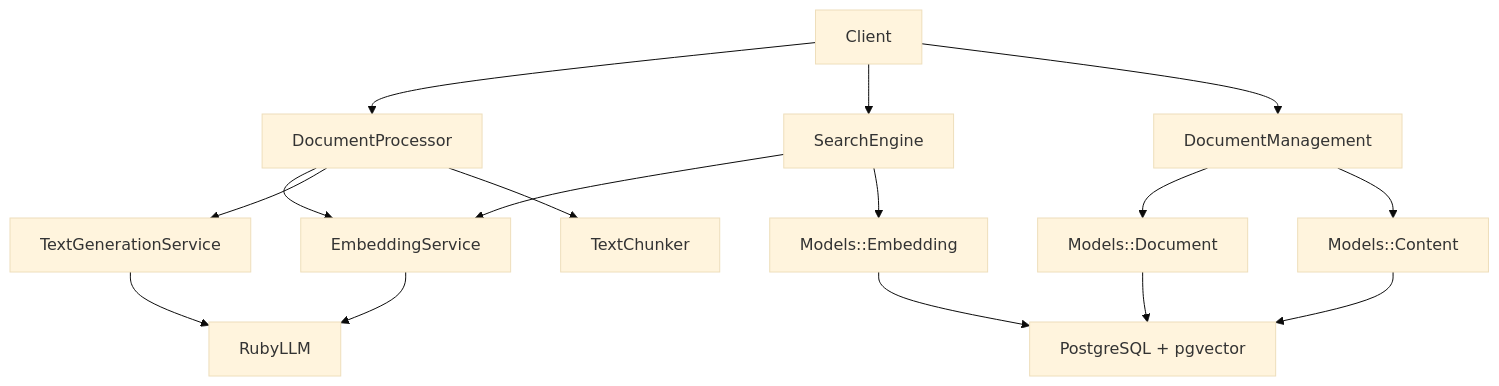
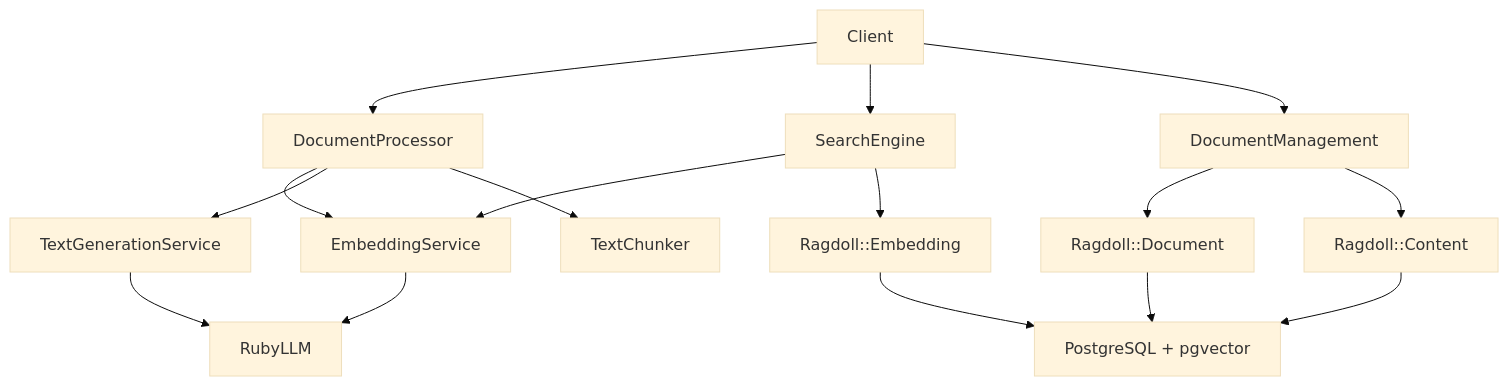
One commit to MadBomber/ragdoll-docs changed the diagram in docs/api-reference/api-services.md. Above: the diagram before and after it, drawn with Mermaid (base theme). The commit also changed other lines of this file and 13 other files, not shown here.

First line of the commit message:
refactor(docs): update document references to use Ragdoll module

````diff
--- a/docs/api-reference/api-services.md
+++ b/docs/api-reference/api-services.md
@@ -9,23 +9,23 @@
 ```mermaid
 flowchart TD
     A[Client] --> B[DocumentProcessor]
     A --> C[SearchEngine]
     A --> D[DocumentManagement]
     
     B --> E[EmbeddingService]
     B --> F[TextGenerationService]
     B --> G[TextChunker]
     
     C --> E
-    C --> H[Models::Embedding]
+    C --> H[Ragdoll::Embedding]
     
-    D --> I[Models::Document]
-    D --> J[Models::Content]
+    D --> I[Ragdoll::Document]
+    D --> J[Ragdoll::Content]
     
     E --> K[RubyLLM]
     F --> K
     
     I --> L[PostgreSQL + pgvector]
     H --> L
     J --> L
 ```
````
